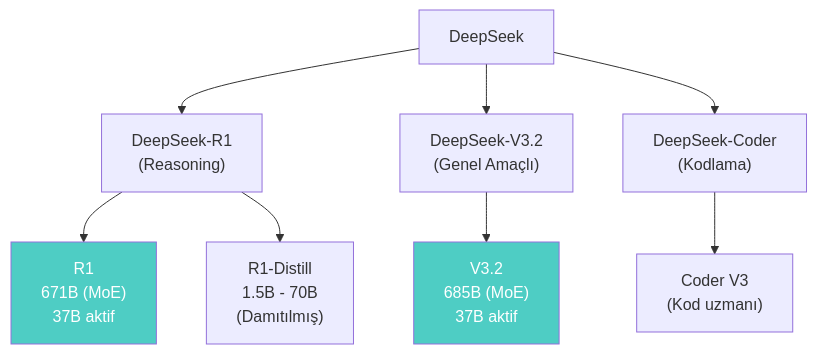
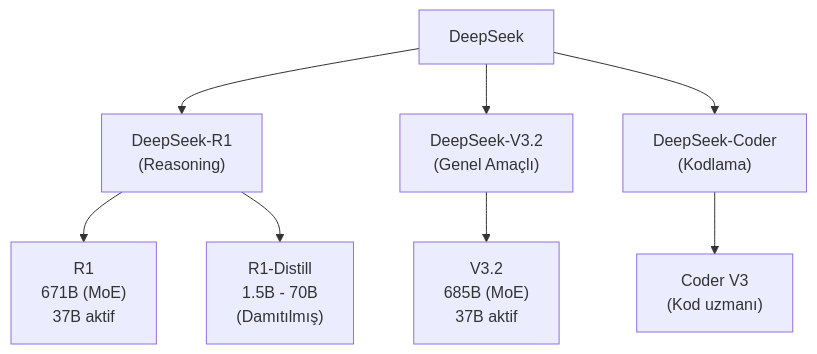
One commit to IzzetYasinAtes/ClaudeCodeHandbook changed the second of 8 diagrams in 03-llm-saglayicilari/05-diger-saglayicilar.md. Above: the diagram before and after it, drawn with Mermaid. The commit also changed other lines of this file and 97 other files, not shown here.

Commit message:
Remove all custom Mermaid style/fill colors from 98 markdown files for consistent dark theme rendering

````diff
--- a/03-llm-saglayicilari/05-diger-saglayicilar.md
+++ b/03-llm-saglayicilari/05-diger-saglayicilar.md
@@ -50,18 +44,16 @@
 ```mermaid
 flowchart TD
     DS["DeepSeek"]
 
     DS --> R["DeepSeek-R1<br/>(Reasoning)"]
     DS --> V["DeepSeek-V3.2<br/>(Genel Amaçlı)"]
     DS --> CODER["DeepSeek-Coder<br/>(Kodlama)"]
 
     R --> R1["R1<br/>671B (MoE)<br/>37B aktif"]
     R --> R1D["R1-Distill<br/>1.5B - 70B<br/>(Damıtılmış)"]
 
     V --> V32["V3.2<br/>685B (MoE)<br/>37B aktif"]
 
     CODER --> COD["Coder V3<br/>(Kod uzmanı)"]
 
-    style R1 fill:#4ecdc4,color:#fff
-    style V32 fill:#4ecdc4,color:#fff
 ```
````
